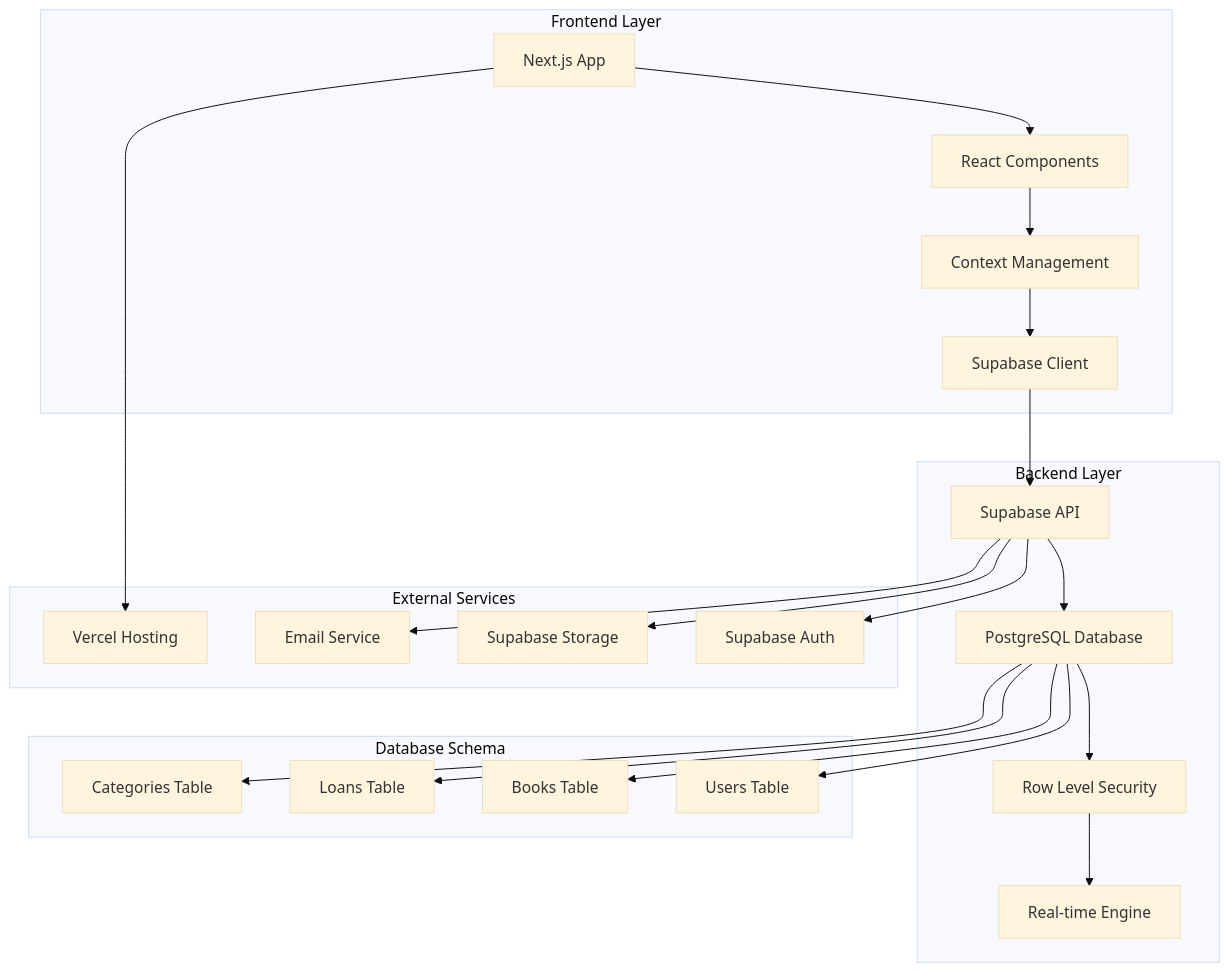
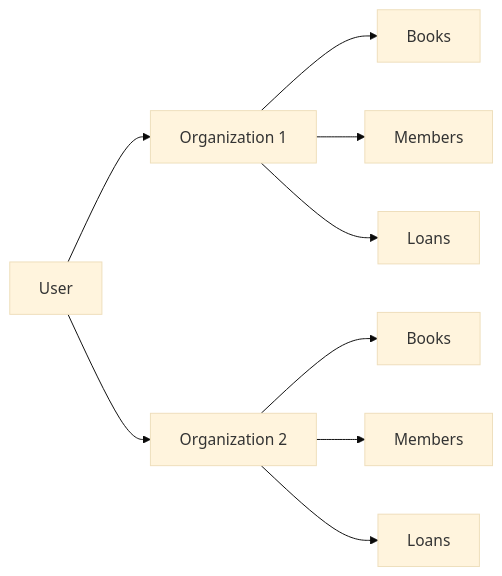
Before and after one commit to ChanMeng666/library-management-system: the first of 6 diagrams in README.md, drawn with Mermaid (base theme). The commit also changed other lines of this file, not shown here.

First line of the commit message:
docs: update README.md for multi-tenant SaaS architecture

````diff
--- a/README.md
+++ b/README.md
@@ -293,39 +173,11 @@
 ```mermaid
-graph TB
-    subgraph "Frontend Layer"
-        A[Next.js App] --> B[React Components]
-        B --> C[Context Management]
-        C --> D[Supabase Client]
-    end
-    
-    subgraph "Backend Layer"
-        E[Supabase API] --> F[PostgreSQL Database]
-        F --> G[Row Level Security]
-        G --> H[Real-time Engine]
-    end
-    
-    subgraph "External Services"
-        I[Supabase Auth]
-        J[Supabase Storage]
-        K[Email Service]
-        L[Vercel Hosting]
-    end
-    
-    D --> E
-    E --> I
-    E --> J
-    E --> K
-    A --> L
-    
-    subgraph "Database Schema"
-        M[Users Table]
-        N[Books Table]
-        O[Loans Table]
-        P[Categories Table]
-    end
-    
-    F --> M
-    F --> N
-    F --> O
-    F --> P
+graph LR
+    A[User] --> B[Organization 1]
+    A --> C[Organization 2]
+    B --> D[Books]
+    B --> E[Members]
+    B --> F[Loans]
+    C --> G[Books]
+    C --> H[Members]
+    C --> I[Loans]
 ```
````
